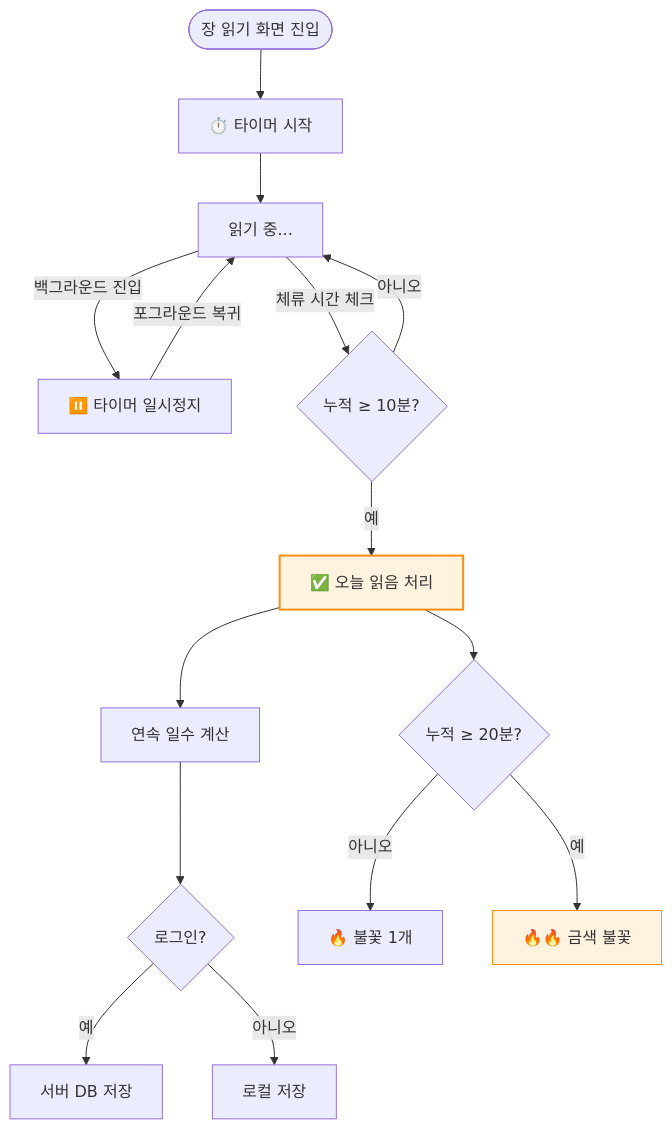
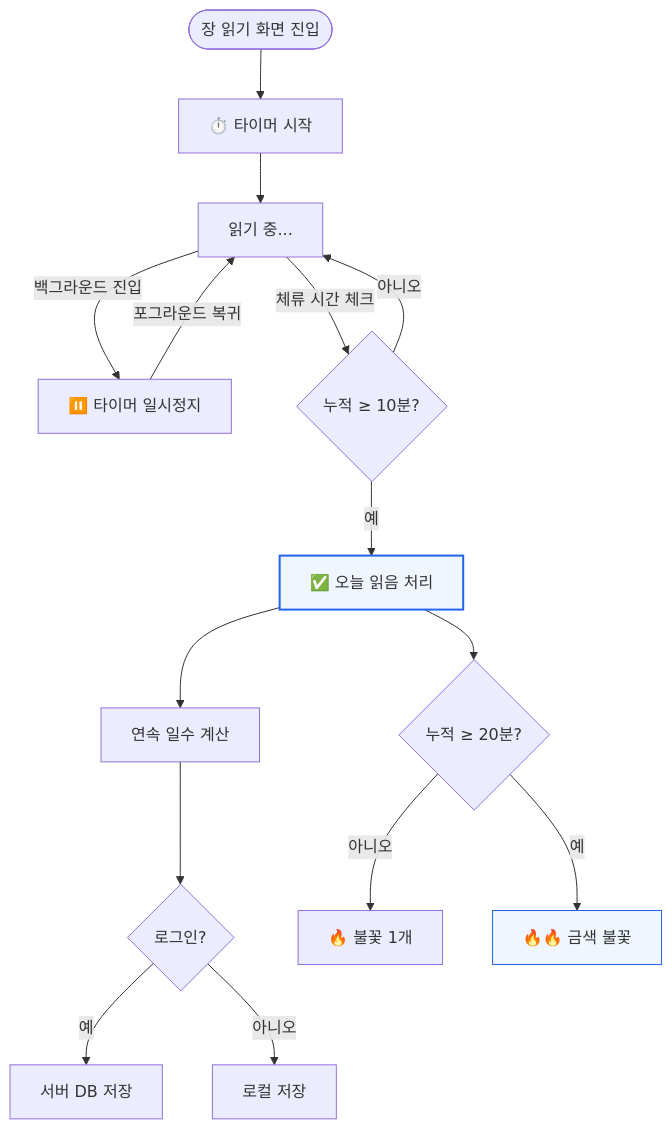
The fourth of 6 diagrams in docs/FLOW.md (jinsikhan/biblessam), drawn with Mermaid before and after one commit. The commit also changed other lines of this file and 7 other files, not shown here.

````diff
--- a/docs/FLOW.md
+++ b/docs/FLOW.md
@@ -145,24 +145,24 @@
 ```mermaid
 flowchart TD
     ENTER([장 읽기 화면 진입]) --> TIMER_START[⏱️ 타이머 시작]
     TIMER_START --> READING[읽기 중...]
 
     READING --> |백그라운드 진입| PAUSE[⏸️ 타이머 일시정지]
     PAUSE --> |포그라운드 복귀| READING
 
     READING --> |체류 시간 체크| CHECK{누적 ≥ 10분?}
     CHECK --> |아니오| READING
     CHECK --> |예| MARK[✅ 오늘 읽음 처리]
 
     MARK --> STREAK_CALC[연속 일수 계산]
     STREAK_CALC --> SAVE{로그인?}
     SAVE --> |예| SERVER[서버 DB 저장]
     SAVE --> |아니오| LOCAL[로컬 저장]
 
     MARK --> LEVEL{누적 ≥ 20분?}
     LEVEL --> |아니오| FIRE1[🔥 불꽃 1개]
     LEVEL --> |예| FIRE2[🔥🔥 금색 불꽃]
 
-    style MARK fill:#FFF3E0,stroke:#FD8D14,stroke-width:2px
-    style FIRE2 fill:#FFF3E0,stroke:#FD8D14
+    style MARK fill:#EFF6FF,stroke:#2563EB,stroke-width:2px
+    style FIRE2 fill:#EFF6FF,stroke:#2563EB
 ```
````
